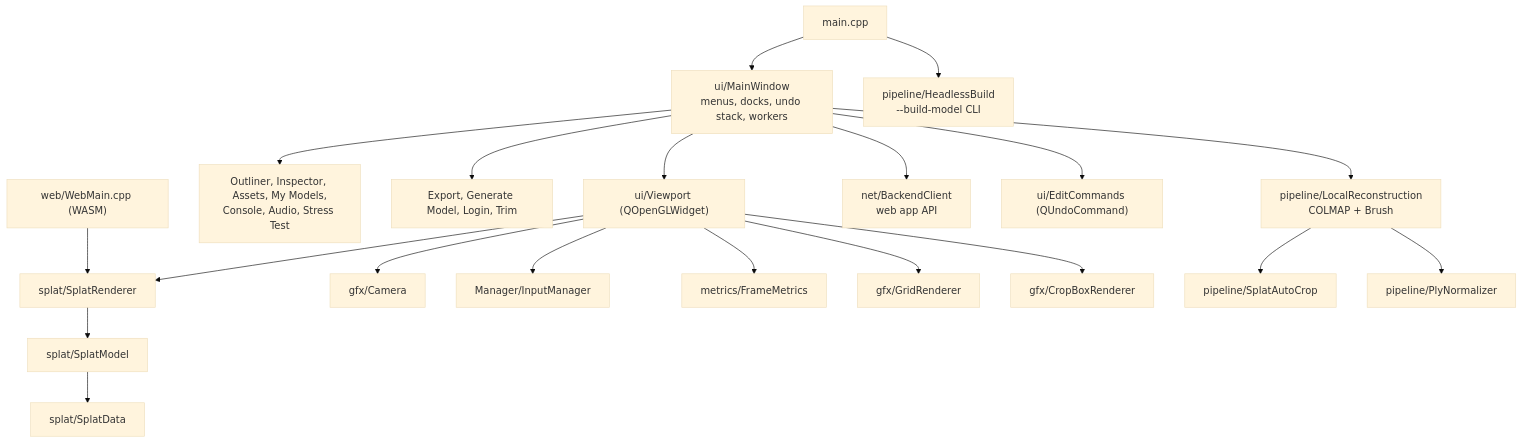
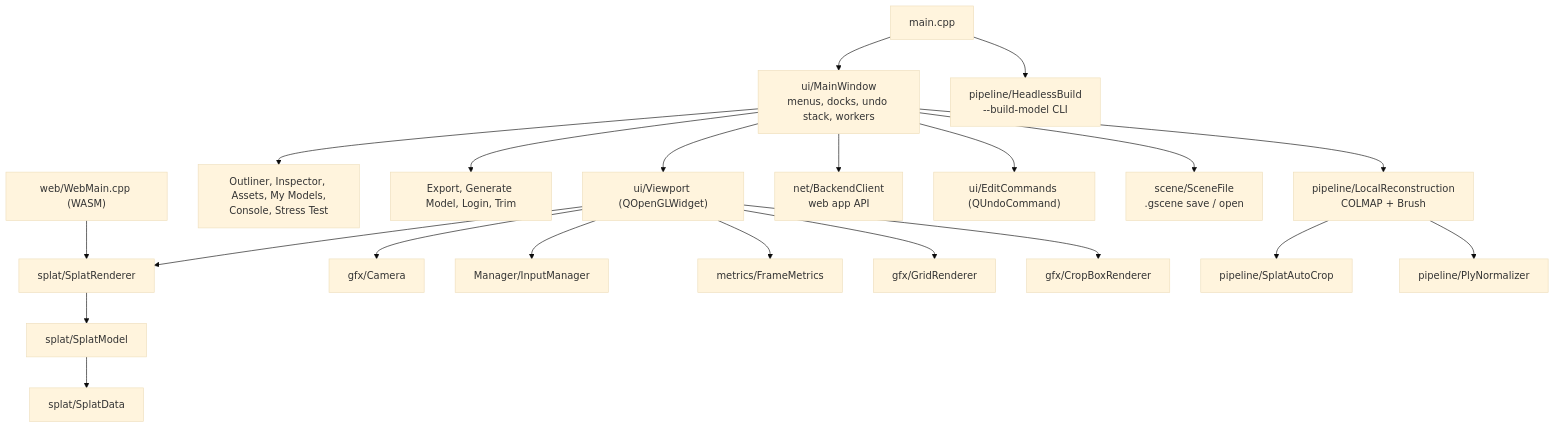
Before and after one commit to ethanngyl/Gam300-350: the diagram in docs/Architecture/engine/README.md, drawn with Mermaid (base theme). The commit also changed other lines of this file and 17 other files, not shown here.

````diff
--- a/docs/Architecture/engine/README.md
+++ b/docs/Architecture/engine/README.md
@@ -5,17 +5,18 @@
 ```mermaid
 flowchart TB
     main["main.cpp"] --> MW["ui/MainWindow<br/>menus, docks, undo stack, workers"]
     main --> HB["pipeline/HeadlessBuild<br/>--build-model CLI"]
     MW --> VP["ui/Viewport (QOpenGLWidget)"]
-    MW --> Panels["Outliner, Inspector, Assets, My Models,<br/>Console, Audio, Stress Test"]
+    MW --> Panels["Outliner, Inspector, Assets, My Models,<br/>Console, Stress Test"]
     MW --> Dialogs["Export, Generate Model, Login, Trim"]
     MW --> LR["pipeline/LocalReconstruction<br/>COLMAP + Brush"]
     MW --> BC["net/BackendClient<br/>web app API"]
     VP --> SR["splat/SplatRenderer"]
     VP --> Cam["gfx/Camera"] & IM["Manager/InputManager"] & FM["metrics/FrameMetrics"]
     VP --> Grid["gfx/GridRenderer"] & CBR["gfx/CropBoxRenderer"]
     SR --> SM["splat/SplatModel"] --> SD["splat/SplatData"]
     MW --> Cmds["ui/EditCommands (QUndoCommand)"]
+    MW --> SF["scene/SceneFile<br/>.gscene save / open"]
     LR --> AC["pipeline/SplatAutoCrop"] & PN["pipeline/PlyNormalizer"]
     Web["web/WebMain.cpp (WASM)"] --> SR
 ```
````
